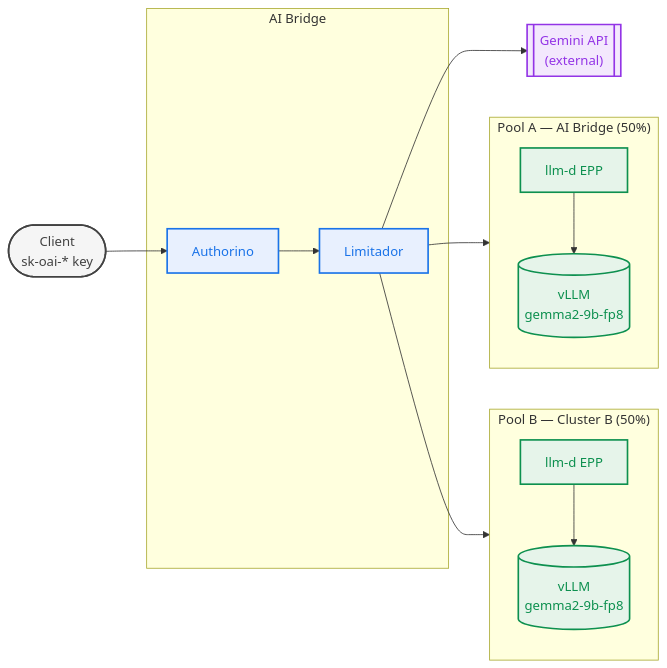
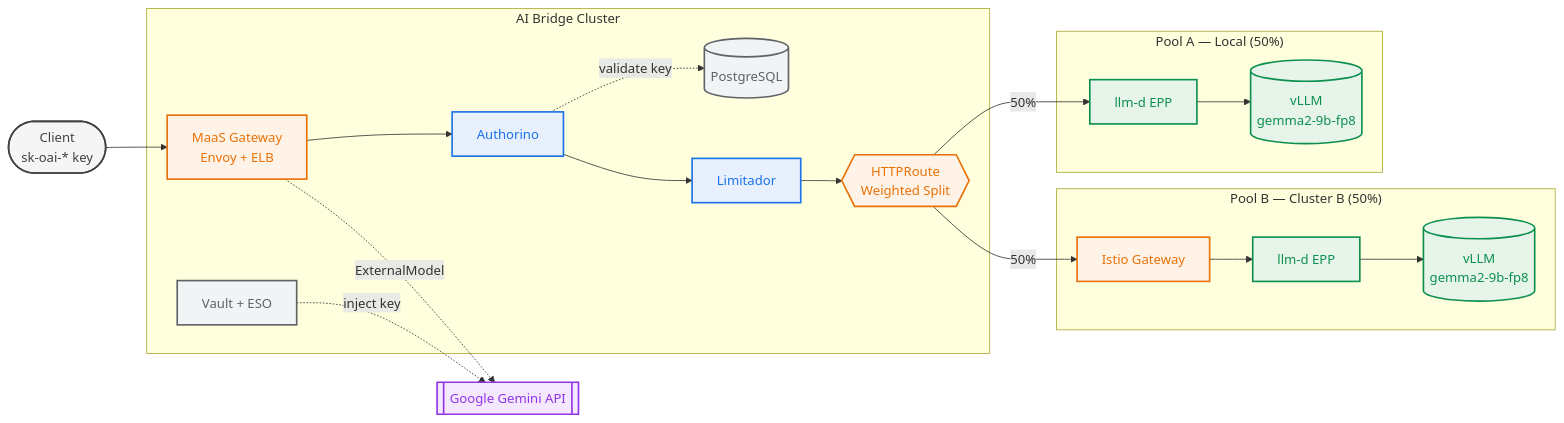
The first of 3 diagrams in docs/customer2-demo-narrative.md (rrbanda/maas-demo), drawn with Mermaid before and after one commit. The commit also changed other lines of this file, not shown here.

Commit message:
Balance architecture diagram: detailed but clean left-to-right flow

````diff
--- a/docs/customer2-demo-narrative.md
+++ b/docs/customer2-demo-narrative.md
@@ -121,35 +121,47 @@
 ```mermaid
 flowchart LR
     Client(["Client<br/>sk-oai-* key"]):::client
 
-    subgraph bridge ["AI Bridge"]
+    subgraph bridge ["AI Bridge Cluster"]
+        GW["MaaS Gateway<br/>Envoy + ELB"]:::routing
         Auth["Authorino"]:::governance
+        PG[("PostgreSQL")]:::infra
         Lim["Limitador"]:::governance
+        Route{{"HTTPRoute<br/>Weighted Split"}}:::routing
+        Vault["Vault + ESO"]:::infra
+
+        GW --> Auth
+        Auth -.->|"validate key"| PG
         Auth --> Lim
+        Lim --> Route
     end
 
-    Lim --> PoolA
-    Lim --> PoolB
-    Lim --> Gemini
-
-    subgraph PoolA ["Pool A — AI Bridge (50%)"]
+    subgraph PoolA ["Pool A — Local (50%)"]
         EPP1["llm-d EPP"]:::inference
         vLLM1[("vLLM<br/>gemma2-9b-fp8")]:::inference
         EPP1 --> vLLM1
     end
 
     subgraph PoolB ["Pool B — Cluster B (50%)"]
+        IST["Istio Gateway"]:::routing
         EPP2["llm-d EPP"]:::inference
         vLLM2[("vLLM<br/>gemma2-9b-fp8")]:::inference
+        IST --> EPP2
         EPP2 --> vLLM2
     end
 
-    Gemini[["Gemini API<br/>(external)"]]:::external
+    Gemini[["Google Gemini API"]]:::external
 
-    Client --> Auth
+    Client --> GW
+    Route -->|"50%"| EPP1
+    Route -->|"50%"| IST
+    Vault -.->|"inject key"| Gemini
+    GW -.->|"ExternalModel"| Gemini
 
     classDef client fill:#f5f5f5,stroke:#424242,stroke-width:2px,color:#424242
     classDef governance fill:#e8f0fe,stroke:#1a73e8,stroke-width:2px,color:#1a73e8
+    classDef routing fill:#fef3e6,stroke:#e8710a,stroke-width:2px,color:#e8710a
     classDef inference fill:#e6f4ea,stroke:#0d904f,stroke-width:2px,color:#0d904f
     classDef external fill:#f3e8fd,stroke:#9334e6,stroke-width:2px,color:#9334e6
+    classDef infra fill:#f1f3f4,stroke:#5f6368,stroke-width:2px,color:#5f6368
 ```
````
